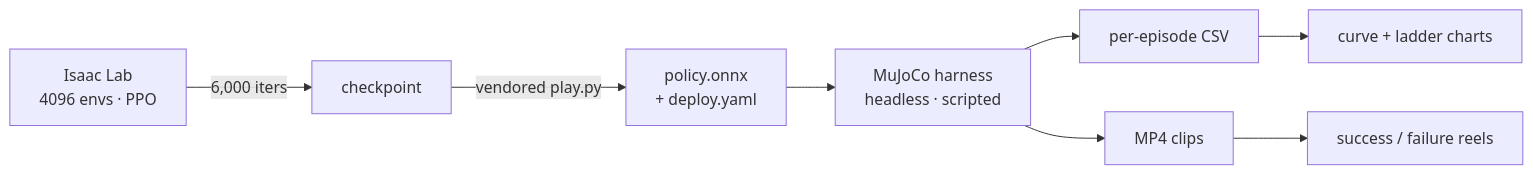
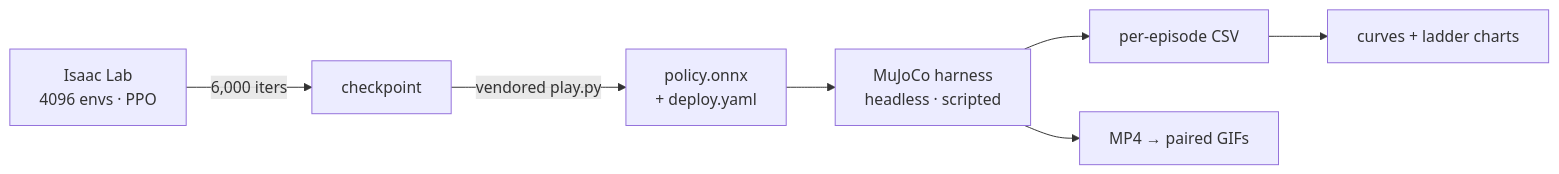
Before and after one commit to joses2017smjh/bhl-robustness-ladder: the diagram in README.md, drawn with Mermaid. The commit also changed other lines of this file and 67 other files, not shown here.

````diff
--- a/README.md
+++ b/README.md
@@ -220,10 +244,9 @@
 ```mermaid
 flowchart LR
   A["Isaac Lab<br/>4096 envs · PPO"] -->|"6,000 iters"| B["checkpoint"]
   B -->|"vendored play.py"| C["policy.onnx<br/>+ deploy.yaml"]
   C --> D["MuJoCo harness<br/>headless · scripted"]
   D --> E["per-episode CSV"]
-  D --> F["MP4 clips"]
-  E --> G["curve + ladder charts"]
-  F --> H["success / failure reels"]
+  D --> F["MP4 → paired GIFs"]
+  E --> G["curves + ladder charts"]
 ```
````
